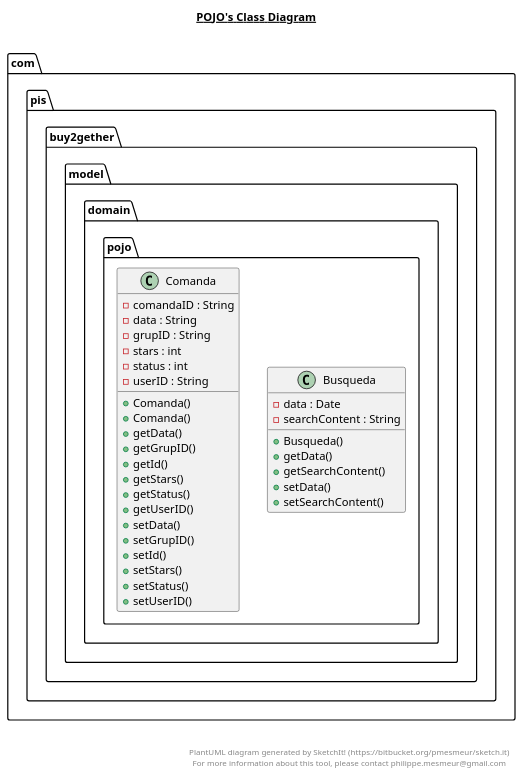
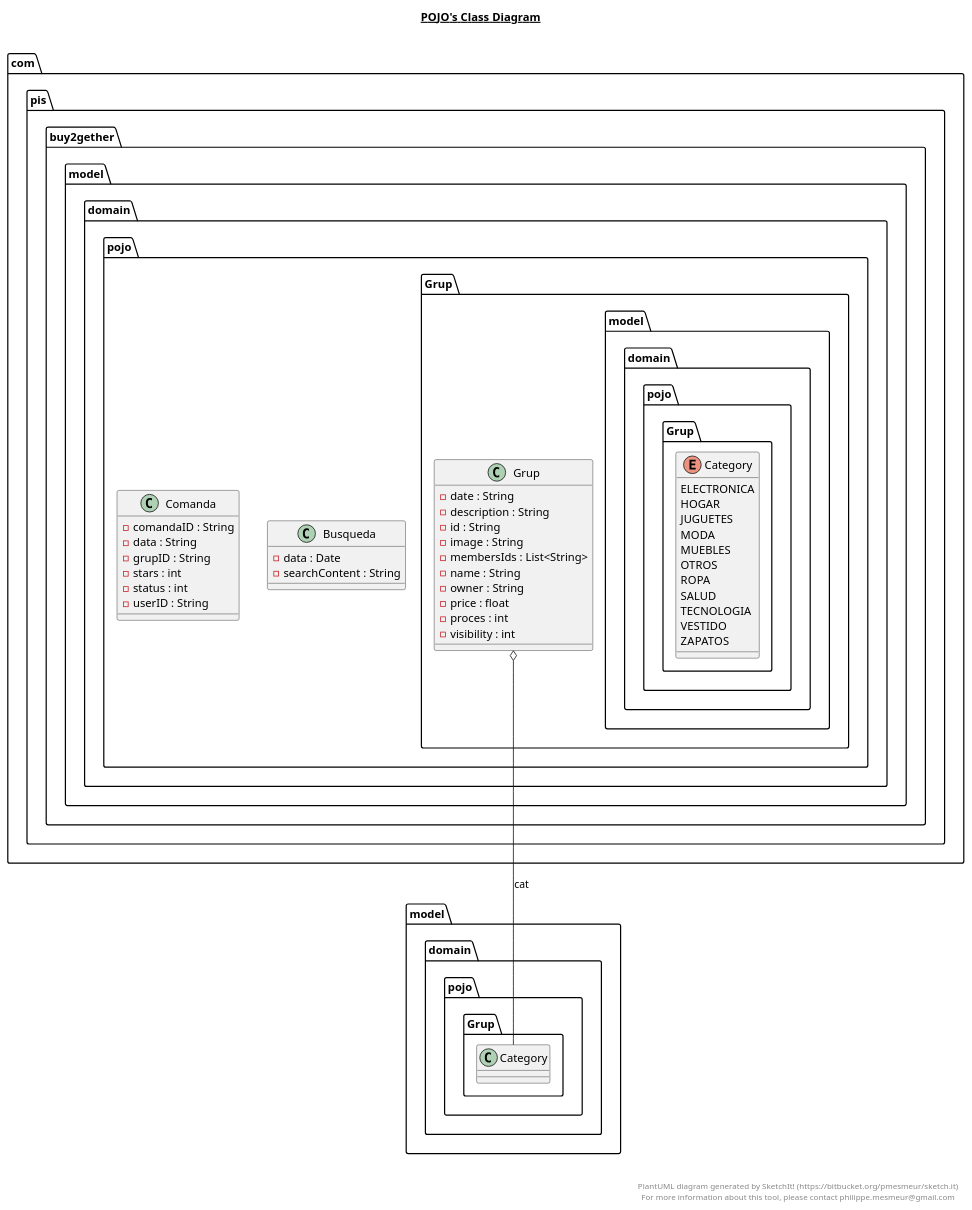
Before and after one commit to alba-ch/Buy2Gether: the diagram in app/src/main/java/com/pis/buy2gether/model/domain/pojo/pojo.plantuml, drawn with PlantUML. The commit also changed 4 other files, not shown here.

```diff
--- a/app/src/main/java/com/pis/buy2gether/model/domain/pojo/pojo.plantuml
+++ b/app/src/main/java/com/pis/buy2gether/model/domain/pojo/pojo.plantuml
@@ -1,57 +1,83 @@
 @startuml
 
 title __POJO's Class Diagram__\n
 
   namespace com.pis.buy2gether {
     namespace model.domain.pojo {
       class com.pis.buy2gether.model.domain.pojo.Busqueda {
           - data : Date
           - searchContent : String
-          + Busqueda()
-          + getData()
-          + getSearchContent()
-          + setData()
-          + setSearchContent()
       }
     }
   }
   
 
   namespace com.pis.buy2gether {
     namespace model.domain.pojo {
       class com.pis.buy2gether.model.domain.pojo.Comanda {
           - comandaID : String
           - data : String
           - grupID : String
           - stars : int
           - status : int
           - userID : String
-          + Comanda()
-          + Comanda()
-          + getData()
-          + getGrupID()
-          + getId()
-          + getStars()
-          + getStatus()
-          + getUserID()
-          + setData()
-          + setGrupID()
-          + setId()
-          + setStars()
-          + setStatus()
-          + setUserID()
       }
     }
   }
+
+   namespace com.pis.buy2gether {
+      namespace model.domain.pojo {
+        namespace Grup {
+          enum model.domain.pojo.Grup.Category {
+            ELECTRONICA
+            HOGAR
+            JUGUETES
+            MODA
+            MUEBLES
+            OTROS
+            ROPA
+            SALUD
+            TECNOLOGIA
+            VESTIDO
+            ZAPATOS
+          }
+        }
+      }
+    }
+
+
+    namespace com.pis.buy2gether {
+      namespace model.domain.pojo {
+        namespace Grup {
+          class com.pis.buy2gether.model.domain.pojo.Grup.Grup {
+              - date : String
+              - description : String
+              - id : String
+              - image : String
+              - membersIds : List<String>
+              - name : String
+              - owner : String
+              - price : float
+              - proces : int
+              - visibility : int
+          }
+        }
+      }
+    }
+
+
+    com.pis.buy2gether.model.domain.pojo.Grup.Grup o-- model.domain.pojo.Grup.Category : cat
+
+
   
 
 
 
 right footer
 
 
 PlantUML diagram generated by SketchIt! (https://bitbucket.org/pmesmeur/sketch.it)
 For more information about this tool, please contact philippe.mesmeur@gmail.com
 endfooter
 
 @enduml
```
